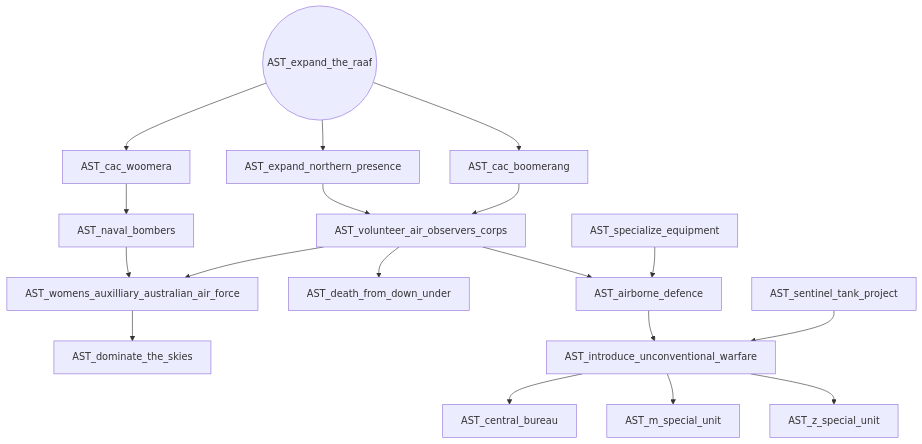
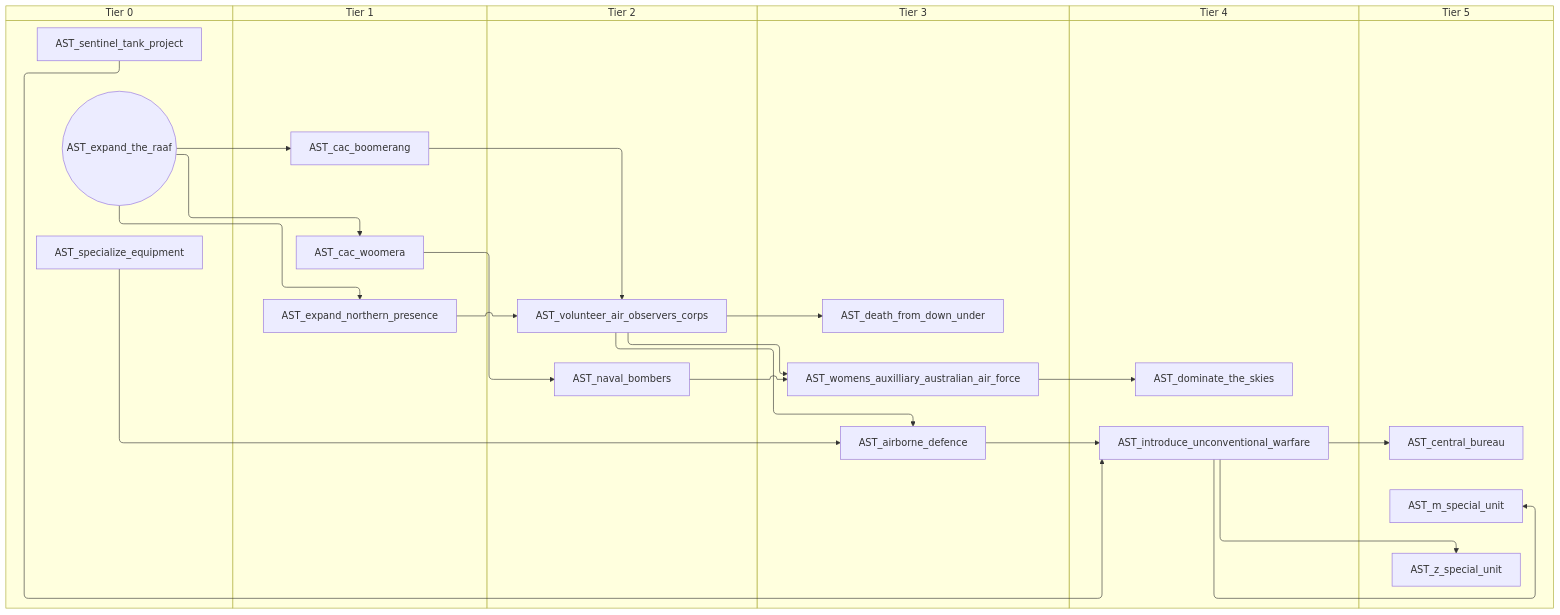
The fourth of 9 diagrams in docs/gdd/National Focuses/australia.md (evgeny-sobol/hoi4-sandbox-mode), drawn with Mermaid before and after one commit. The commit also changed other lines of this file and 80 other files, not shown here.

First line of the commit message:
Add swimlane mode to focus graph exporter

````diff
--- a/docs/gdd/National Focuses/australia.md
+++ b/docs/gdd/National Focuses/australia.md
@@ -118,36 +152,48 @@
 ```mermaid
-flowchart TD
-    n2["AST_airborne_defence"]
-    n46["AST_cac_boomerang"]
-    n47["AST_cac_woomera"]
-    n5["AST_central_bureau"]
-    n48["AST_death_from_down_under"]
-    n49["AST_dominate_the_skies"]
-    n50["AST_expand_northern_presence"]
-    n51(("AST_expand_the_raaf"))
-    n9["AST_introduce_unconventional_warfare"]
-    n10["AST_m_special_unit"]
-    n52["AST_naval_bombers"]
-    n13["AST_sentinel_tank_project"]
-    n14["AST_specialize_equipment"]
-    n15["AST_volunteer_air_observers_corps"]
-    n53["AST_womens_auxilliary_australian_air_force"]
-    n16["AST_z_special_unit"]
-    n14 --> n2
-    n15 --> n2
-    n51 --> n46
-    n51 --> n47
-    n9 --> n5
-    n15 --> n48
-    n53 --> n49
-    n51 --> n50
-    n13 --> n9
-    n2 --> n9
-    n9 --> n10
-    n47 --> n52
-    n46 --> n15
-    n50 --> n15
-    n15 --> n53
+swimlane-beta TD
+    subgraph tier_0["Tier 0"]
+        n46(("AST_expand_the_raaf"))
+        n12["AST_sentinel_tank_project"]
+        n7["AST_specialize_equipment"]
+    end
+    subgraph tier_1["Tier 1"]
+        n47["AST_cac_boomerang"]
+        n48["AST_cac_woomera"]
+        n49["AST_expand_northern_presence"]
+    end
+    subgraph tier_2["Tier 2"]
+        n50["AST_naval_bombers"]
+        n2["AST_volunteer_air_observers_corps"]
+    end
+    subgraph tier_3["Tier 3"]
+        n8["AST_airborne_defence"]
+        n51["AST_death_from_down_under"]
+        n52["AST_womens_auxilliary_australian_air_force"]
+    end
+    subgraph tier_4["Tier 4"]
+        n53["AST_dominate_the_skies"]
+        n13["AST_introduce_unconventional_warfare"]
+    end
+    subgraph tier_5["Tier 5"]
+        n14["AST_central_bureau"]
+        n15["AST_m_special_unit"]
+        n16["AST_z_special_unit"]
+    end
+    n7 --> n8
+    n2 --> n8
+    n46 --> n47
+    n46 --> n48
+    n13 --> n14
+    n2 --> n51
     n52 --> n53
-    n9 --> n16
+    n46 --> n49
+    n12 --> n13
+    n8 --> n13
+    n13 --> n15
+    n48 --> n50
+    n47 --> n2
+    n49 --> n2
+    n2 --> n52
+    n50 --> n52
+    n13 --> n16
 ```
````
